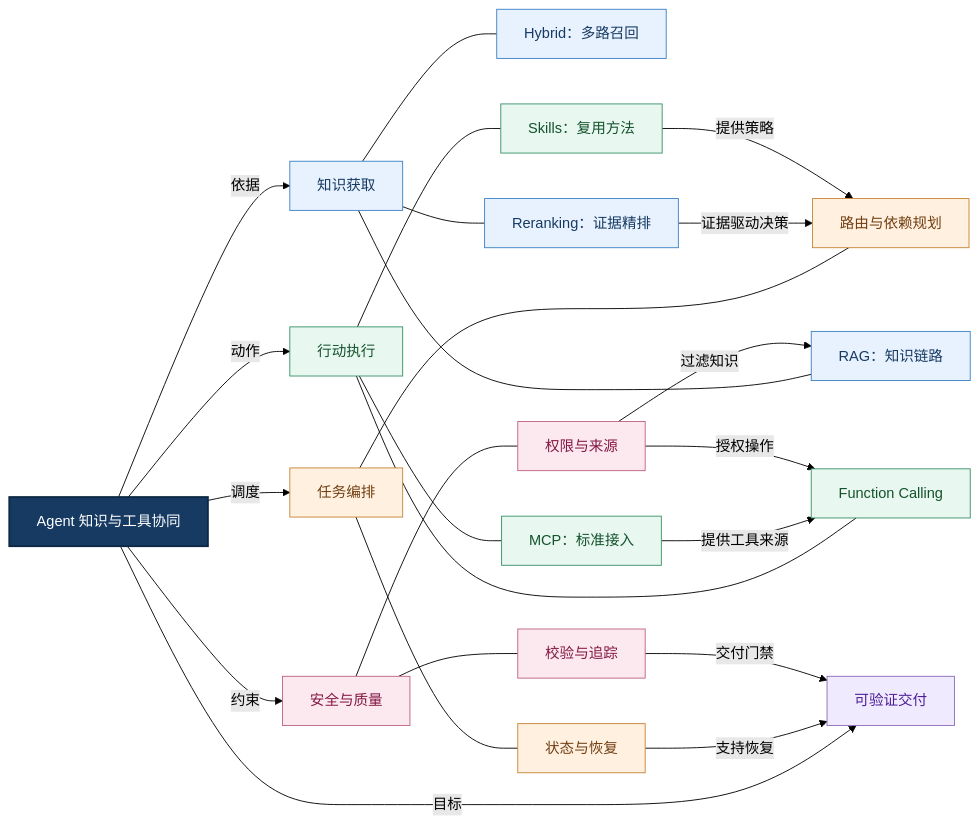
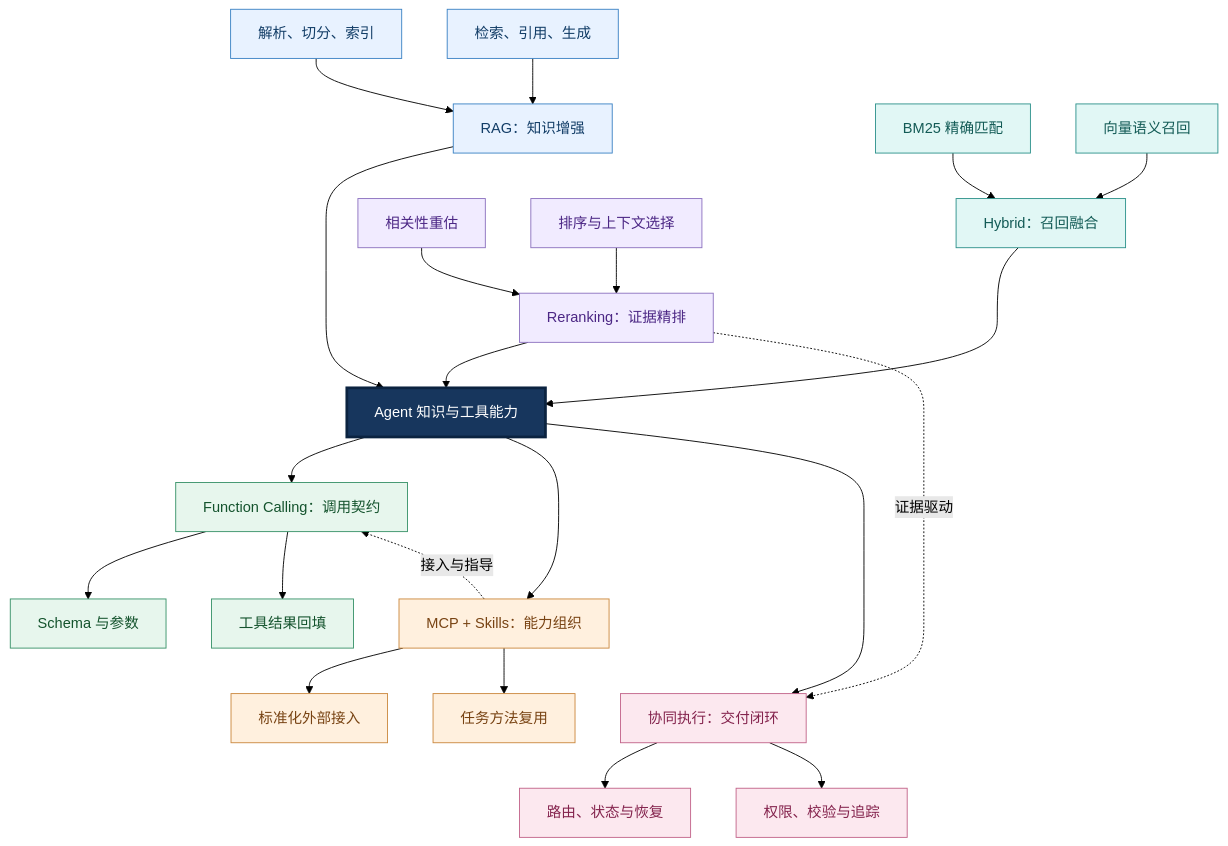
One commit to shufu151/Agent-Engineering-Handbook changed the first of 7 diagrams in 05-Agent-Knowledge-and-Tools/README.md. Above: the diagram before and after it, drawn with Mermaid (forest theme). The commit also changed other lines of this file, not shown here.

````diff
--- a/05-Agent-Knowledge-and-Tools/README.md
+++ b/05-Agent-Knowledge-and-Tools/README.md
@@ -13,53 +13,60 @@
 ```mermaid
-flowchart LR
-    C["Agent 知识与工具协同"]
-    K["知识获取"]
-    A["行动执行"]
-    O["任务编排"]
-    G["安全与质量"]
-    R["可验证交付"]
-    K1["RAG：知识链路"]
-    K2["Hybrid：多路召回"]
-    K3["Reranking：证据精排"]
-    A1["Function Calling"]
-    A2["MCP：标准接入"]
-    A3["Skills：复用方法"]
-    O1["路由与依赖规划"]
-    O2["状态与恢复"]
-    G1["权限与来源"]
-    G2["校验与追踪"]
-    C -->|依据| K
-    C -->|动作| A
-    C -->|调度| O
-    C -->|约束| G
-    C -->|目标| R
-    K --- K1
-    K --- K2
-    K --- K3
-    A --- A1
-    A --- A2
-    A --- A3
-    O --- O1
-    O --- O2
-    G --- G1
-    G --- G2
-    K3 -->|证据驱动决策| O1
-    A3 -->|提供策略| O1
-    A2 -->|提供工具来源| A1
-    O2 -->|支持恢复| R
-    G2 -->|交付门禁| R
-    G1 -->|过滤知识| K1
-    G1 -->|授权操作| A1
-    classDef core fill:#163a62,stroke:#0d2744,color:#fff,stroke-width:2px
-    classDef know fill:#e8f2ff,stroke:#3b82c4,color:#163a62
-    classDef tool fill:#e8f7ef,stroke:#389268,color:#14532d
-    classDef control fill:#fff0df,stroke:#c78535,color:#713f12
-    classDef guard fill:#fce8ef,stroke:#bf6284,color:#831843
-    classDef result fill:#f0eaff,stroke:#8b6dbb,color:#4c1d95
-    class C core
-    class K,K1,K2,K3 know
-    class A,A1,A2,A3 tool
-    class O,O1,O2 control
-    class G,G1,G2 guard
-    class R result
+flowchart TB
+    ROOT["Agent 知识与工具能力"]
+    A["RAG：知识增强"]
+    A1["解析、切分、索引"]
+    A2["检索、引用、生成"]
+    B["Hybrid：召回融合"]
+    B1["BM25 精确匹配"]
+    B2["向量语义召回"]
+    C["Reranking：证据精排"]
+    C1["相关性重估"]
+    C2["排序与上下文选择"]
+    D["Function Calling：调用契约"]
+    D1["Schema 与参数"]
+    D2["工具结果回填"]
+    E["MCP + Skills：能力组织"]
+    E1["标准化外部接入"]
+    E2["任务方法复用"]
+    F["协同执行：交付闭环"]
+    F1["路由、状态与恢复"]
+    F2["权限、校验与追踪"]
+    A --> ROOT
+    A1 --> A
+    A2 --> A
+    B --> ROOT
+    B1 --> B
+    B2 --> B
+    C --> ROOT
+    C1 --> C
+    C2 --> C
+    ROOT --> D
+    D --> D1
+    D --> D2
+    ROOT --> E
+    E --> E1
+    E --> E2
+    ROOT --> F
+    F --> F1
+    F --> F2
+    A ~~~ B
+    B ~~~ C
+    D ~~~ E
+    E ~~~ F
+    C -. "证据驱动" .-> F
+    E -. "接入与指导" .-> D
+    classDef core fill:#17365d,stroke:#0b2340,color:#ffffff,stroke-width:3px
+    classDef blue fill:#e8f2ff,stroke:#3b82c4,color:#123d67
+    classDef green fill:#e7f6ed,stroke:#389268,color:#14532d
+    classDef orange fill:#fff0de,stroke:#cb883e,color:#784313
+    classDef purple fill:#f1ebff,stroke:#8c71bf,color:#4c2785
+    classDef pink fill:#fce8ef,stroke:#c2648a,color:#84234d
+    classDef teal fill:#e1f7f5,stroke:#2d918b,color:#135b56
+    class ROOT core
+    class A,A1,A2 blue
+    class B,B1,B2 teal
+    class C,C1,C2 purple
+    class D,D1,D2 green
+    class E,E1,E2 orange
+    class F,F1,F2 pink
 ```
````
